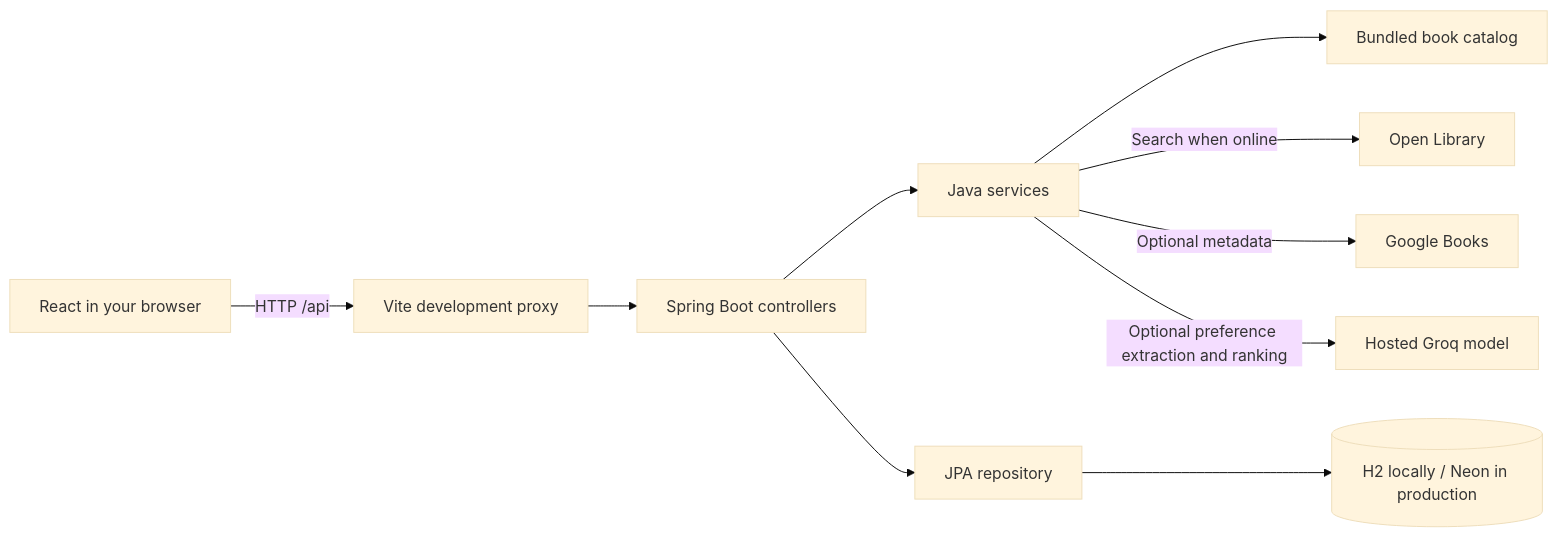
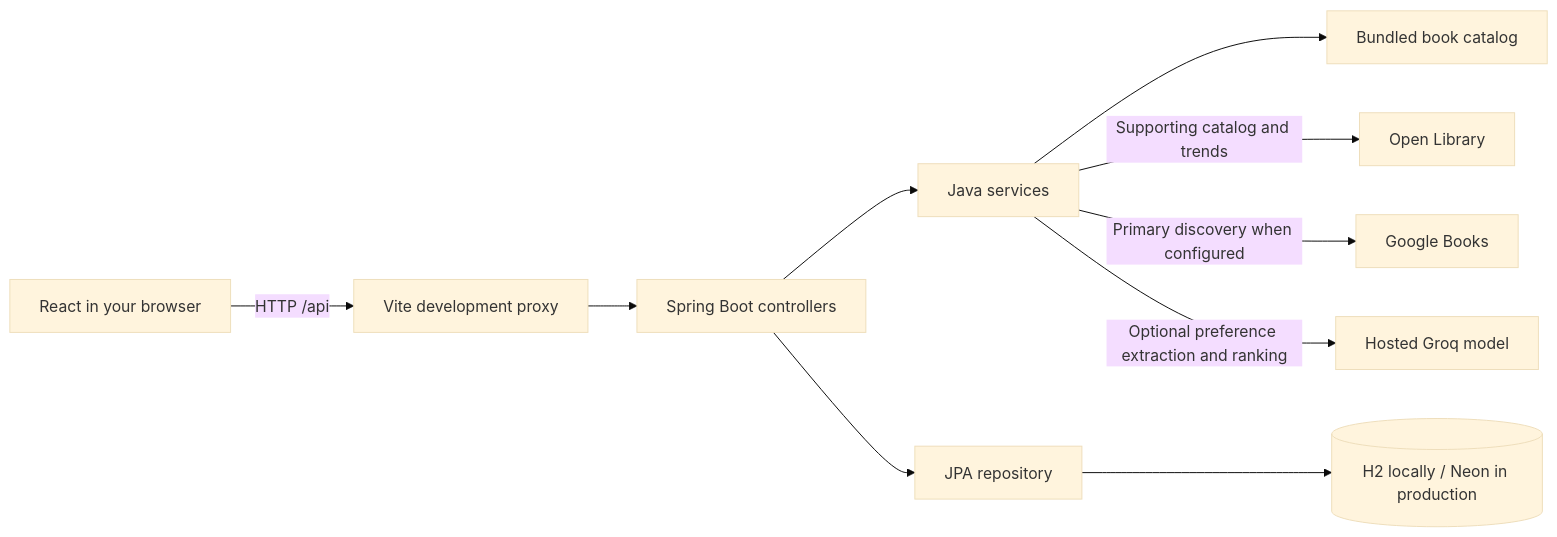
One commit to AlinaFurtado/BookShop changed the diagram in docs/CODE_FLOW.md. Above: the diagram before and after it, drawn with Mermaid (base theme). The commit also changed other lines of this file and 21 other files, not shown here.

````diff
--- a/docs/CODE_FLOW.md
+++ b/docs/CODE_FLOW.md
@@ -7,12 +7,12 @@
 ```mermaid
 flowchart LR
     Browser[React in your browser] -->|HTTP /api| Vite[Vite development proxy]
     Vite --> Spring[Spring Boot controllers]
     Spring --> Service[Java services]
     Spring --> Repo[JPA repository]
     Repo --> DB[(H2 locally / Neon in production)]
     Service --> Catalog[Bundled book catalog]
-    Service -->|Search when online| OL[Open Library]
-    Service -->|Optional metadata| Google[Google Books]
+    Service -->|Supporting catalog and trends| OL[Open Library]
+    Service -->|Primary discovery when configured| Google[Google Books]
     Service -->|Optional preference extraction and ranking| Groq[Hosted Groq model]
 ```
````
